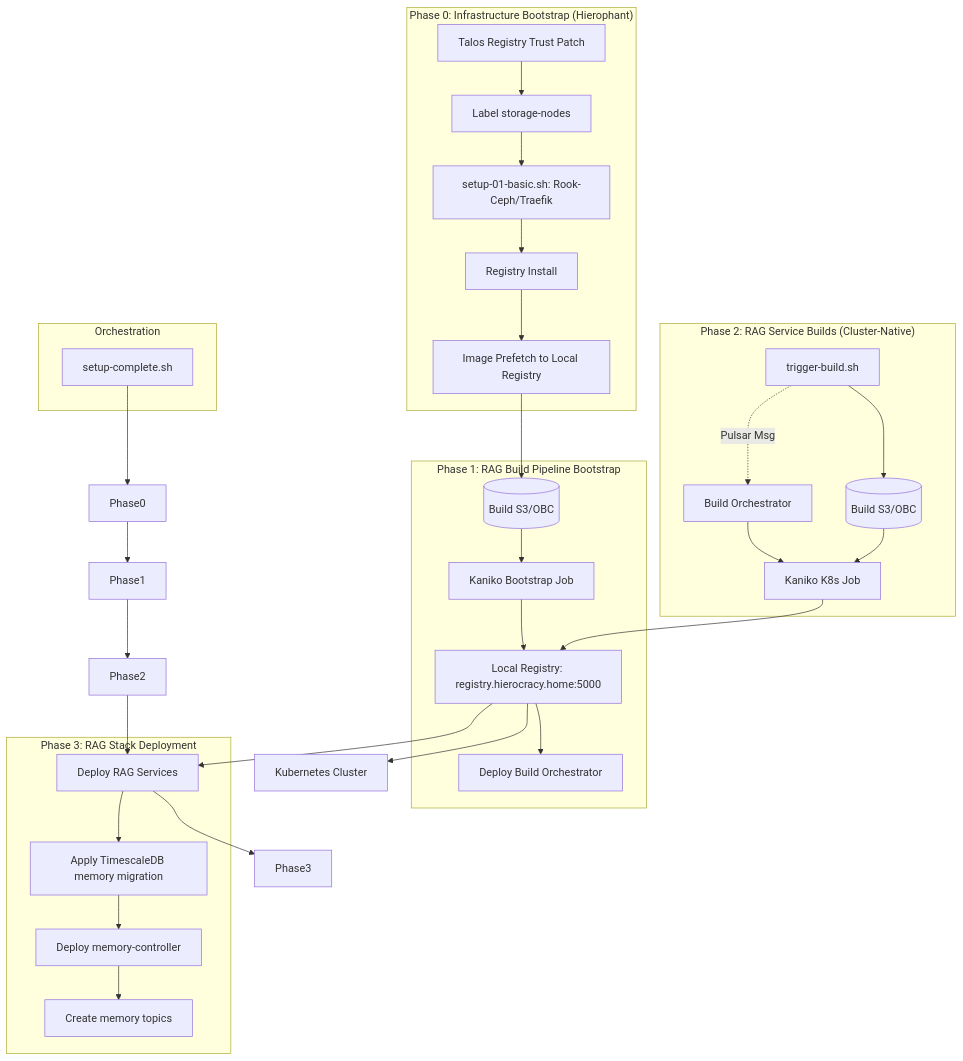
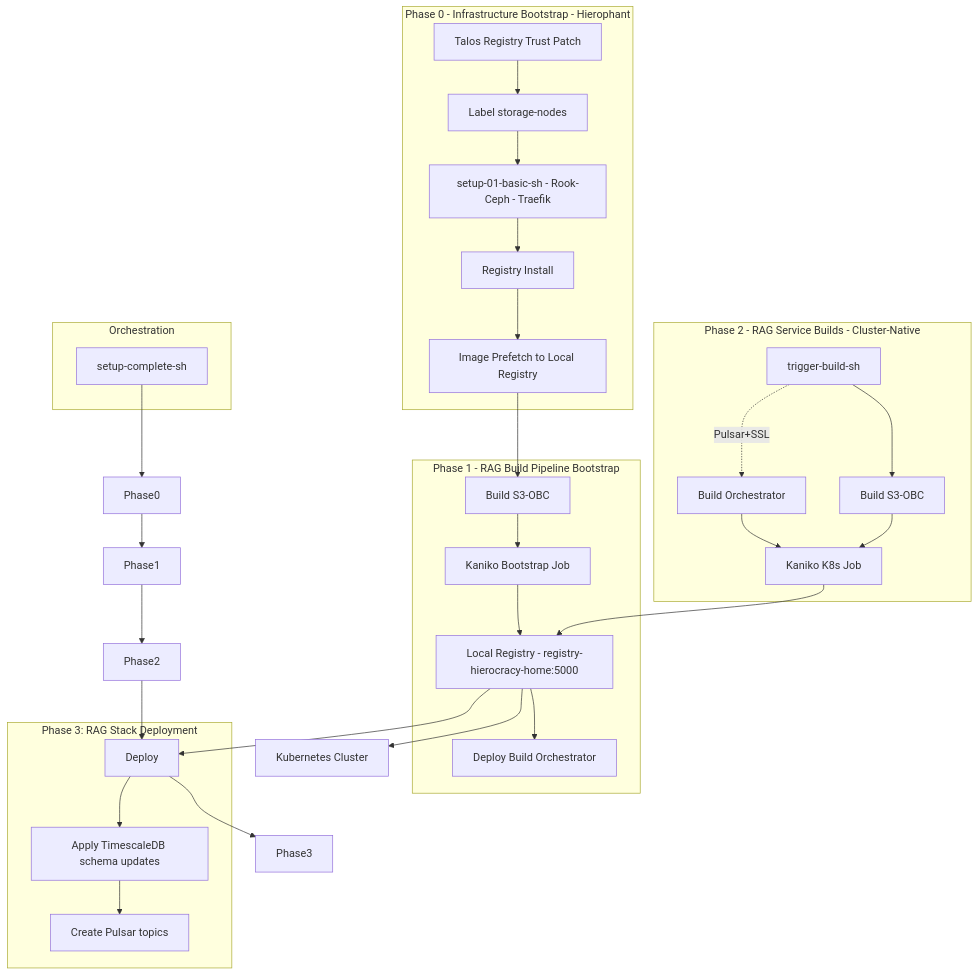
One commit to coppergate/RAG-CRD-BUILD changed the diagram in RAG-Build-Flow.mmd. Above: the diagram before and after it, drawn with Mermaid. The commit also changed 30 other files, not shown here.

```diff
--- a/RAG-Build-Flow.mmd
+++ b/RAG-Build-Flow.mmd
@@ -1,41 +1,40 @@
 flowchart TD
-    subgraph "Phase 0: Infrastructure Bootstrap (Hierophant)"
+    subgraph "Phase 0 - Infrastructure Bootstrap - Hierophant"
         Talos[Talos Registry Trust Patch] --> Labels[Label storage-nodes]
-        Labels --> Basic[setup-01-basic.sh: Rook-Ceph/Traefik]
+        Labels --> Basic[setup-01-basic-sh - Rook-Ceph - Traefik]
         Basic --> Reg[Registry Install]
         Reg --> Prefetch[Image Prefetch to Local Registry]
     end
 
-    subgraph "Phase 1: RAG Build Pipeline Bootstrap"
-        Prefetch --> S3_1[(Build S3/OBC)]
+    subgraph "Phase 1 - RAG Build Pipeline Bootstrap"
+        Prefetch --> S3_1[Build S3-OBC]
         S3_1 --> BootstrapJob[Kaniko Bootstrap Job]
-        BootstrapJob --> Registry[Local Registry: registry.hierocracy.home:5000]
-        Registry --> OrchDeploy[Deploy Build Orchestrator]
+        BootstrapJob --> RegistryNode[Local Registry - registry-hierocracy-home:5000]
+        RegistryNode --> OrchDeploy[Deploy Build Orchestrator]
     end
 
-    subgraph "Phase 2: RAG Service Builds (Cluster-Native)"
-        Trigger[trigger-build.sh] --> S3_2[(Build S3/OBC)]
-        Trigger -.->|Pulsar Msg| Orch[Build Orchestrator]
+    subgraph "Phase 2 - RAG Service Builds - Cluster-Native"
+        Trigger[trigger-build-sh] --> S3_2[Build S3-OBC]
+        Trigger -.->|Pulsar+SSL| Orch[Build Orchestrator]
         Orch --> Kaniko[Kaniko K8s Job]
         S3_2 --> Kaniko
-        Kaniko --> Registry
+        Kaniko --> RegistryNode
     end
 
     subgraph "Phase 3: RAG Stack Deployment"
-        Registry --> Deploy[Deploy RAG Services]
-        Deploy --> Migrate[Apply TimescaleDB memory migration]
-        Migrate --> MemDeploy[Deploy memory-controller]
-        MemDeploy --> TopicInit[Create memory topics]
+    RegistryNode --> Deploy
+        Deploy --> Migrate[Apply TimescaleDB schema updates]
+        Migrate --> TopicInit[Create Pulsar topics]
     end
 
-    Registry --> K8s[Kubernetes Cluster]
+    RegistryNode --> K8s[Kubernetes Cluster]
 
     subgraph "Orchestration"
-        Setup[setup-complete.sh]
+        Setup[setup-complete-sh]
     end
 
     Setup --> Phase0
     Phase0 --> Phase1
     Phase1 --> Phase2
     Phase2 --> Deploy
     Deploy --> Phase3
```
